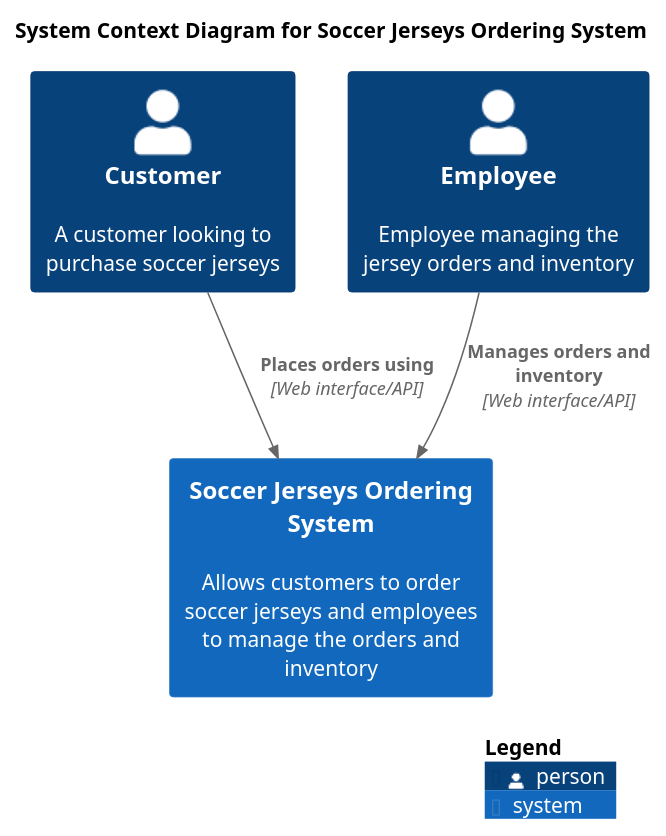
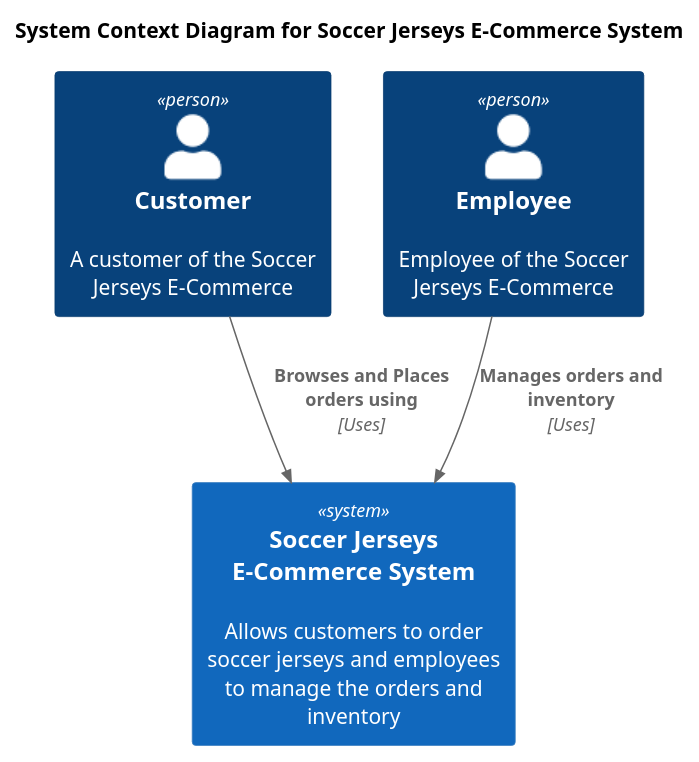
Before and after one commit to MercuryAtom31/SoccerJerseysApplication-ms-2: the diagram in documentation/diagrams/c4level1.puml, drawn with PlantUML. The commit also changed other lines of this file and 2 other files, not shown here.

Commit message:
Improved C4 level 1 and 2 and DDD diagram.

```diff
--- a/documentation/diagrams/c4level1.puml
+++ b/documentation/diagrams/c4level1.puml
@@ -1,14 +1,16 @@
 @startuml
 !includeurl https://raw.githubusercontent.com/RicardoNiepel/C4-PlantUML/master/C4_Context.puml
 
-title System Context Diagram for Soccer Jerseys Ordering System
+title System Context Diagram for Soccer Jerseys E-Commerce System
 
-Person(customer, "Customer", "A customer looking to purchase soccer jerseys")
-Person(employee, "Employee", "Employee managing the jersey orders and inventory")
-System(orders_system, "Soccer Jerseys Ordering System", "Allows customers to order soccer jerseys and employees to manage the orders and inventory")
+'Type, name, "Name", "who they are"
+Person(customer, "Customer", "A customer of the Soccer Jerseys E-Commerce")
+Person(employee, "Employee", "Employee of the Soccer Jerseys E-Commerce")
+System(orders_system, "Soccer Jerseys E-Commerce System", "Allows customers to order soccer jerseys and employees to manage the orders and inventory")
 
-Rel(customer, orders_system, "Places orders using", "Web interface/API")
-Rel(employee, orders_system, "Manages orders and inventory", "Web interface/API")
+'name => in relationship with, "name", what they do, type of relationship.
+Rel(customer, orders_system, "Browses and Places orders using", "Uses")
+Rel(employee, orders_system, "Manages orders and inventory", "Uses")
 
-SHOW_LEGEND()
+'SHOW_LEGEND() Removed the legend in order to display the stereotypes (person and system).
 @enduml
```
